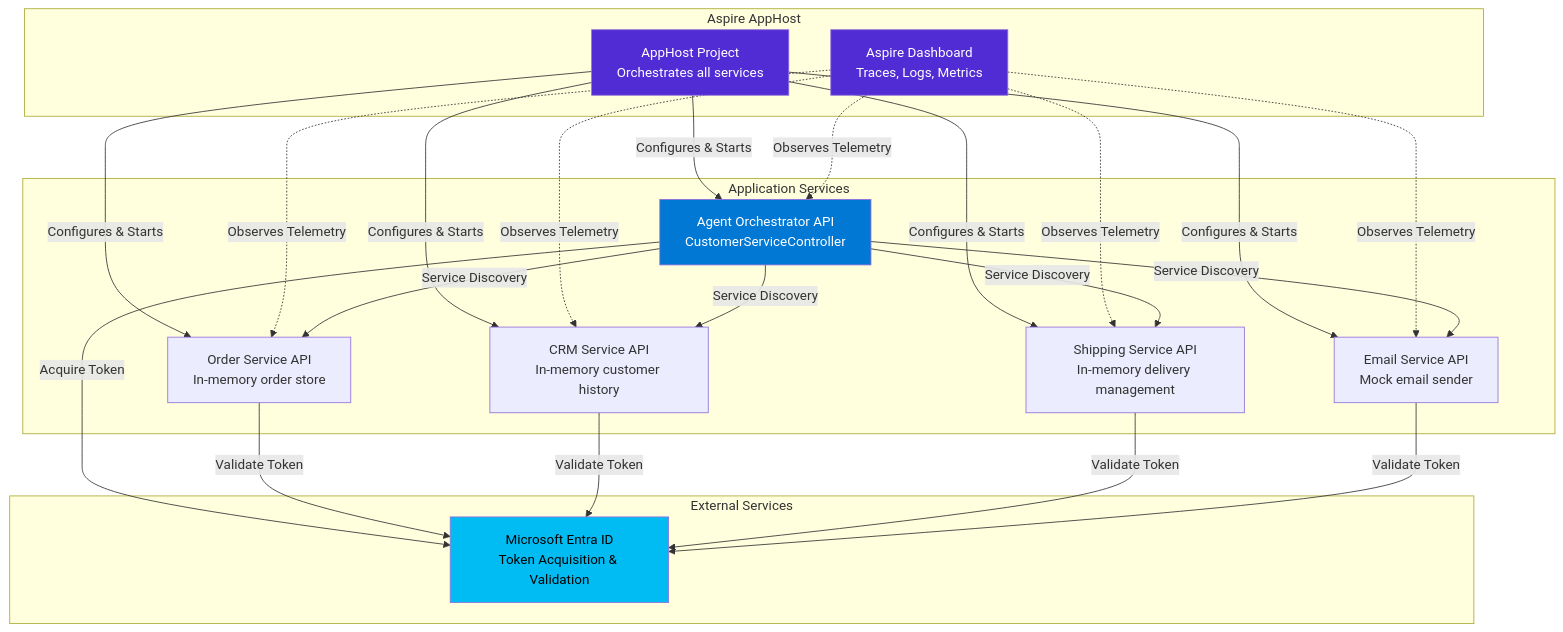
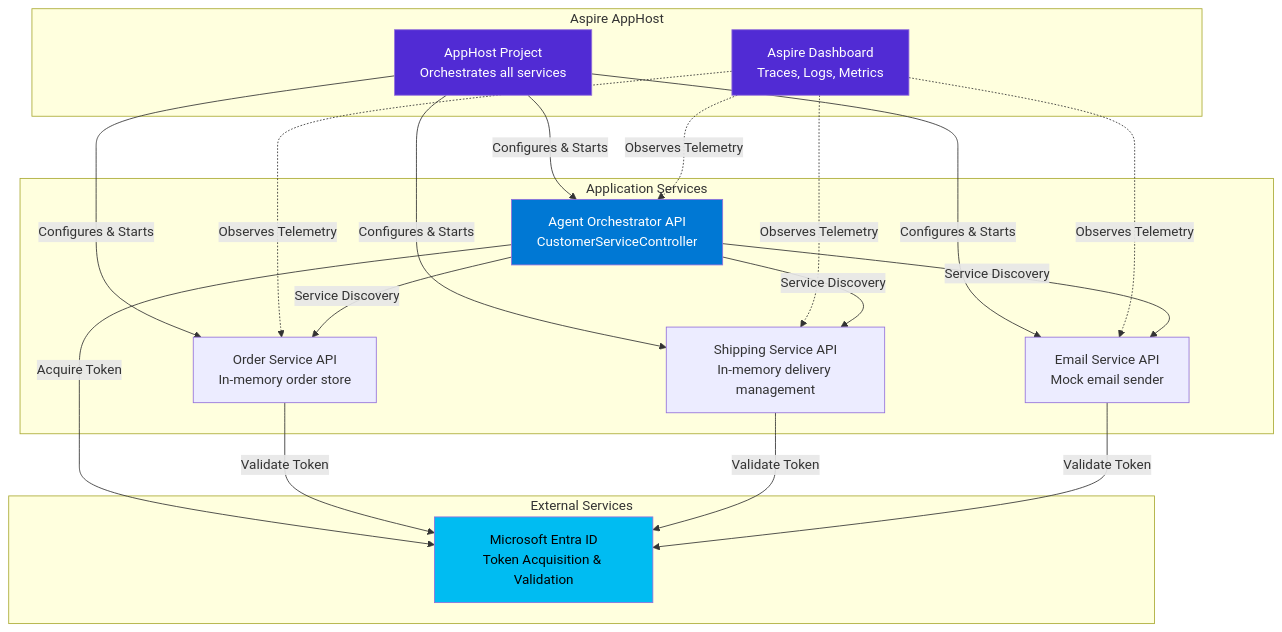
The diagram in dotnet/CustomerServiceAgent/README.md (Azure-Samples/ms-identity-agent-identities), drawn with Mermaid before and after one commit. The commit also changed other lines of this file and 5 other files, not shown here.

````diff
--- a/dotnet/CustomerServiceAgent/README.md
+++ b/dotnet/CustomerServiceAgent/README.md
@@ -20,47 +20,42 @@
 ```mermaid
 graph TB
     subgraph "Aspire AppHost"
         AppHost[AppHost Project<br/>Orchestrates all services]
         Dashboard[Aspire Dashboard<br/>Traces, Logs, Metrics]
     end
     
     subgraph "Application Services"
         Orchestrator[Agent Orchestrator API<br/>CustomerServiceController]
         OrderAPI[Order Service API<br/>In-memory order store]
-        CrmAPI[CRM Service API<br/>In-memory customer history]
         ShippingAPI[Shipping Service API<br/>In-memory delivery management]
         EmailAPI[Email Service API<br/>Mock email sender]
     end
     
     subgraph "External Services"
         EntraID[Microsoft Entra ID<br/>Token Acquisition & Validation]
     end
     
     AppHost -->|Configures & Starts| Orchestrator
     AppHost -->|Configures & Starts| OrderAPI
-    AppHost -->|Configures & Starts| CrmAPI
     AppHost -->|Configures & Starts| ShippingAPI
     AppHost -->|Configures & Starts| EmailAPI
     
     Dashboard -.->|Observes Telemetry| Orchestrator
     Dashboard -.->|Observes Telemetry| OrderAPI
-    Dashboard -.->|Observes Telemetry| CrmAPI
     Dashboard -.->|Observes Telemetry| ShippingAPI
     Dashboard -.->|Observes Telemetry| EmailAPI
     
     Orchestrator -->|Service Discovery| OrderAPI
-    Orchestrator -->|Service Discovery| CrmAPI
     Orchestrator -->|Service Discovery| ShippingAPI
     Orchestrator -->|Service Discovery| EmailAPI
     
     Orchestrator -->|Acquire Token| EntraID
     OrderAPI -->|Validate Token| EntraID
-    CrmAPI -->|Validate Token| EntraID
     ShippingAPI -->|Validate Token| EntraID
     EmailAPI -->|Validate Token| EntraID
     
     style AppHost fill:#512BD4,color:#fff
     style Dashboard fill:#512BD4,color:#fff
     style Orchestrator fill:#0078D4,color:#fff
     style EntraID fill:#00BCF2,color:#000
 ```
````
